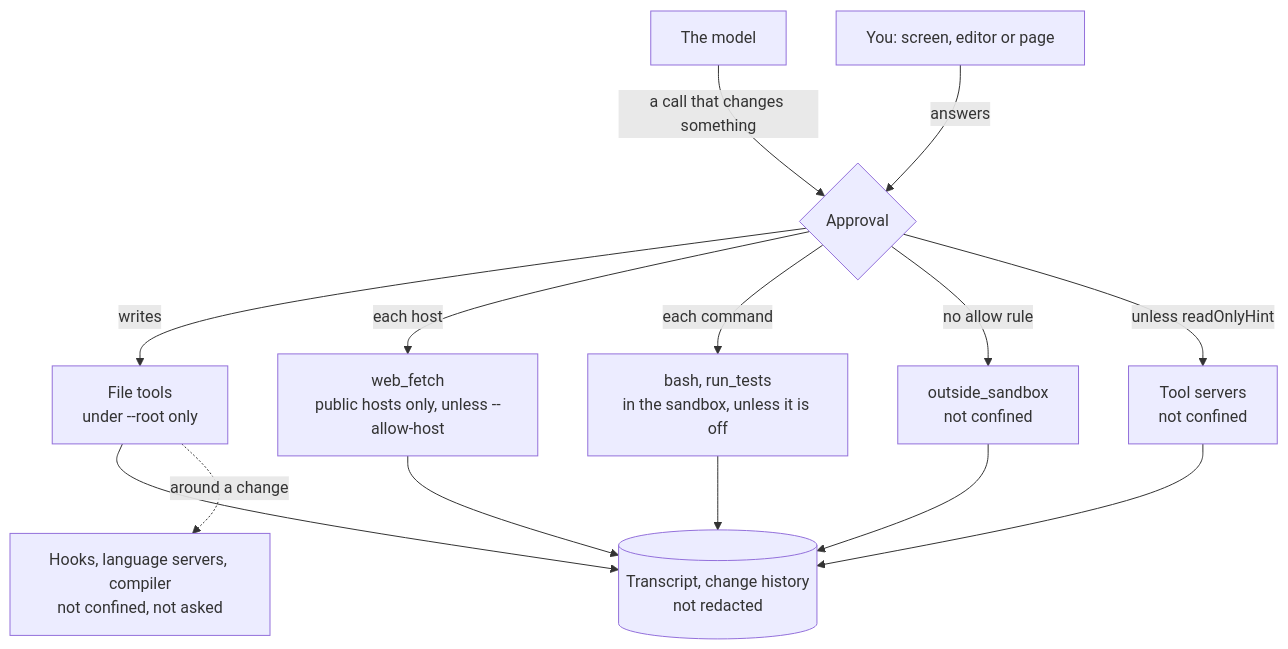
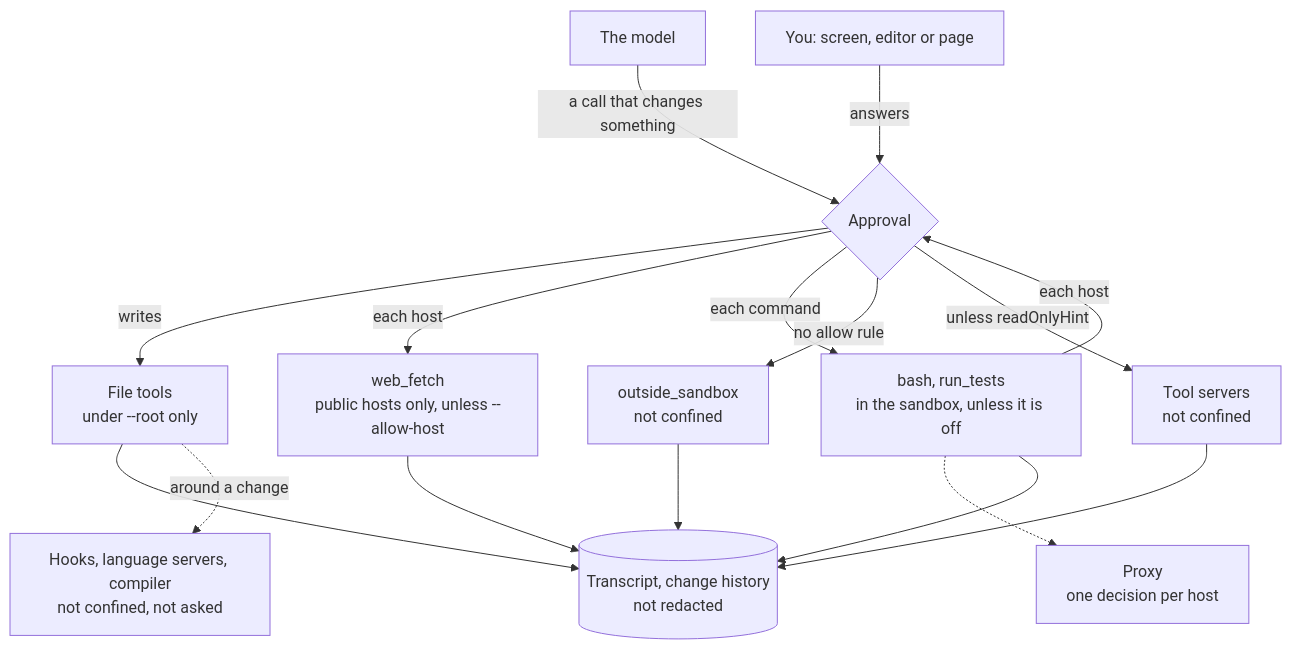
The diagram in SECURITY.md (loken-ai/lokode), drawn with Mermaid before and after one commit. The commit also changed other lines of this file and 23 other files, not shown here.

````diff
--- a/SECURITY.md
+++ b/SECURITY.md
@@ -15,26 +15,29 @@
 ```mermaid
 flowchart TD
   model["The model"]
   you["You: screen, editor or page"]
   gate{"Approval"}
   files["File tools<br/>under --root only"]
   fetch["web_fetch<br/>public hosts only, unless --allow-host"]
   cmd["bash, run_tests<br/>in the sandbox, unless it is off"]
+  proxy["Proxy<br/>one decision per host"]
   out["outside_sandbox<br/>not confined"]
   mcp["Tool servers<br/>not confined"]
   store[("Transcript, change history<br/>not redacted")]
   progs["Hooks, language servers, compiler<br/>not confined, not asked"]
   model -->|"a call that changes something"| gate
   you -->|"answers"| gate
   gate -->|"writes"| files
   gate -->|"each host"| fetch
   gate -->|"each command"| cmd
+  cmd -->|"each host"| gate
+  cmd -.-> proxy
   gate -->|"no allow rule"| out
   gate -->|"unless readOnlyHint"| mcp
   files --> store
   fetch --> store
   cmd --> store
   out --> store
   mcp --> store
   files -.->|"around a change"| progs
 ```
````
